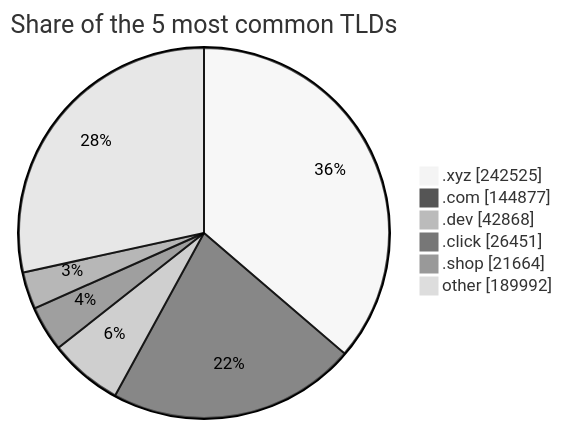
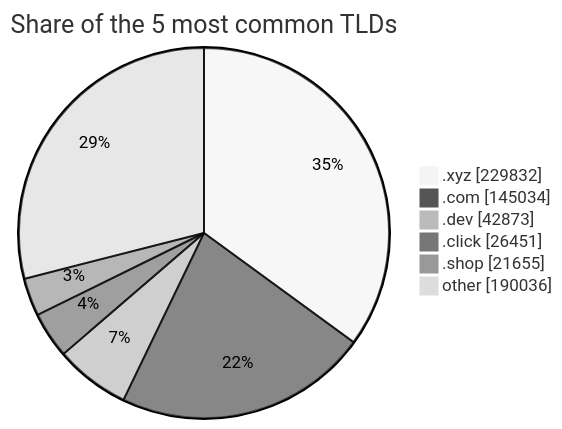
Before and after one commit to DNSBunker/CTI: the third of 3 diagrams in README.md, drawn with Mermaid (neutral theme). The commit also changed other lines of this file and 3 other files, not shown here.

````diff
--- a/README.md
+++ b/README.md
@@ -81,9 +81,9 @@
 ```mermaid
 pie showData title Share of the 5 most common TLDs
-    ".xyz" : 242525
-    ".com" : 144877
-    ".dev" : 42868
+    ".xyz" : 229832
+    ".com" : 145034
+    ".dev" : 42873
     ".click" : 26451
-    ".shop" : 21664
-    "other" : 189992
+    ".shop" : 21655
+    "other" : 190036
 ```
````
